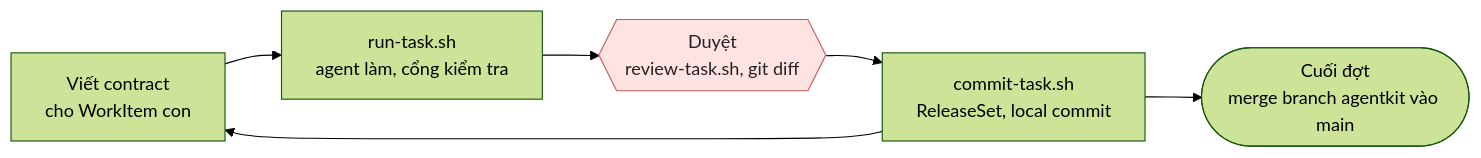
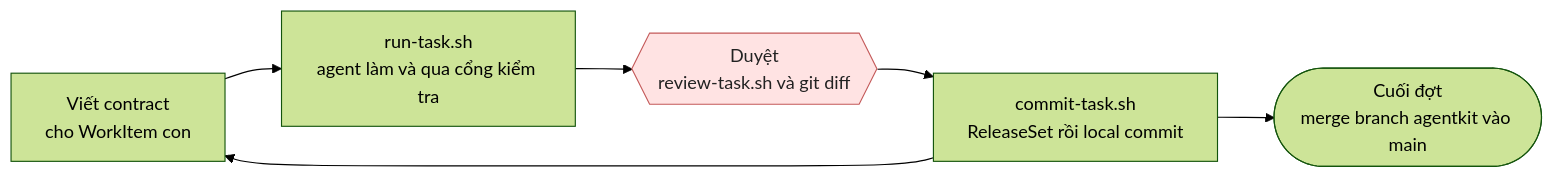
Before and after one commit to draculemihawk123-ai/aw-tqunglnh: the eighth of 8 diagrams in docs/guides/todolist-spring-react/README.md, drawn with Mermaid (forest theme). The commit also changed other lines of this file and 1 other file, not shown here.

First line of the commit message:
docs(guide): bỏ dấu phẩy, dấu hai chấm, gạch dưới khỏi nhãn Mermaid

````diff
--- a/docs/guides/todolist-spring-react/README.md
+++ b/docs/guides/todolist-spring-react/README.md
@@ -933,11 +933,11 @@
 ```mermaid
 flowchart LR
-    CT["Viết contract<br/>cho WorkItem con"] --> RT["run-task.sh<br/>agent làm, cổng kiểm tra"]
-    RT --> RV{{"Duyệt<br/>review-task.sh, git diff"}}
-    RV --> CM["commit-task.sh<br/>ReleaseSet, local commit"]
+    CT["Viết contract<br/>cho WorkItem con"] --> RT["run-task.sh<br/>agent làm và qua cổng kiểm tra"]
+    RT --> RV{{"Duyệt<br/>review-task.sh và git diff"}}
+    RV --> CM["commit-task.sh<br/>ReleaseSet rồi local commit"]
     CM --> CT
     CM --> MG(["Cuối đợt<br/>merge branch agentkit vào main"])
 
     classDef gate fill:#FFE3E3,stroke:#C45A5A,color:#222;
     class RV gate;
 ```
````
